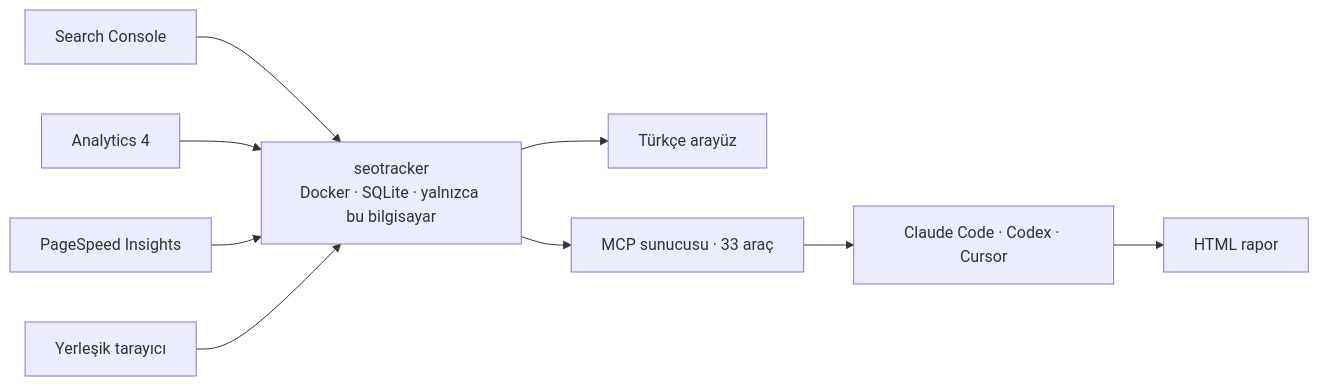
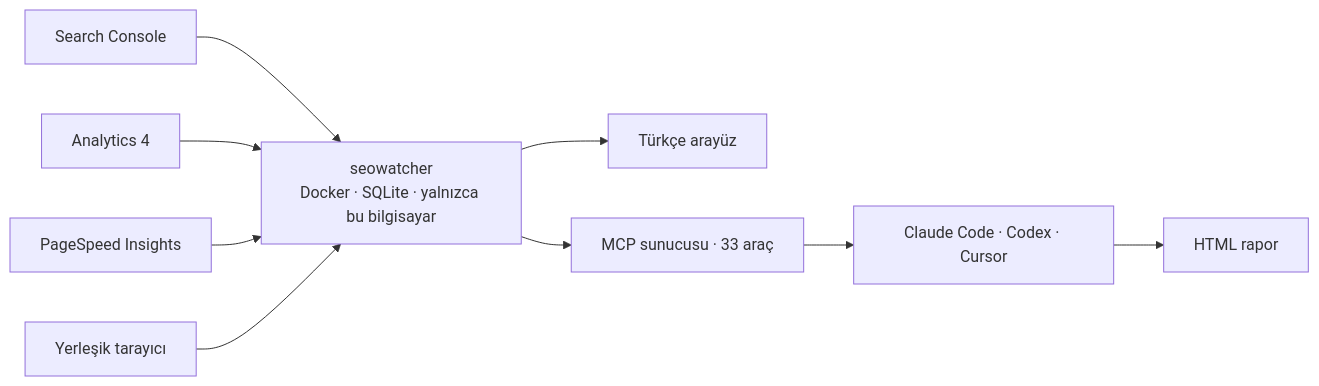
The diagram in README.md (ucsahinn/seotracker), drawn with Mermaid before and after one commit. The commit also changed other lines of this file and 72 other files, not shown here.

````diff
--- a/README.md
+++ b/README.md
@@ -155,12 +157,12 @@
 ```mermaid
 flowchart LR
     GSC["Search Console"] --> APP
     GA4["Analytics 4"] --> APP
     PSI["PageSpeed Insights"] --> APP
     CRAWL["Yerleşik tarayıcı"] --> APP
-    APP["seotracker<br/>Docker · SQLite · yalnızca bu bilgisayar"]
+    APP["seowatcher<br/>Docker · SQLite · yalnızca bu bilgisayar"]
     APP --> UI["Türkçe arayüz"]
     APP --> MCP["MCP sunucusu · 33 araç"]
     MCP --> AGENT["Claude Code · Codex · Cursor"]
     AGENT --> REPORT["HTML rapor"]
 ```
````
